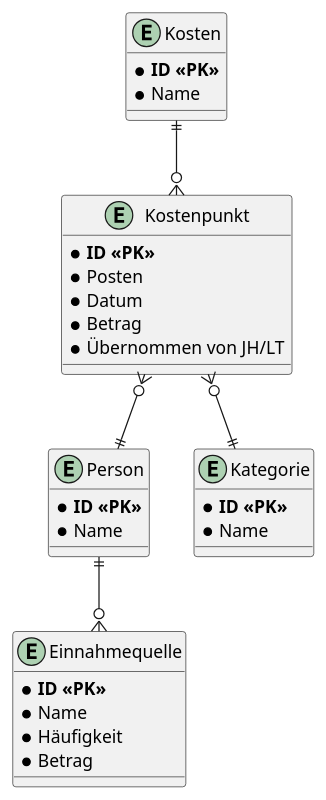
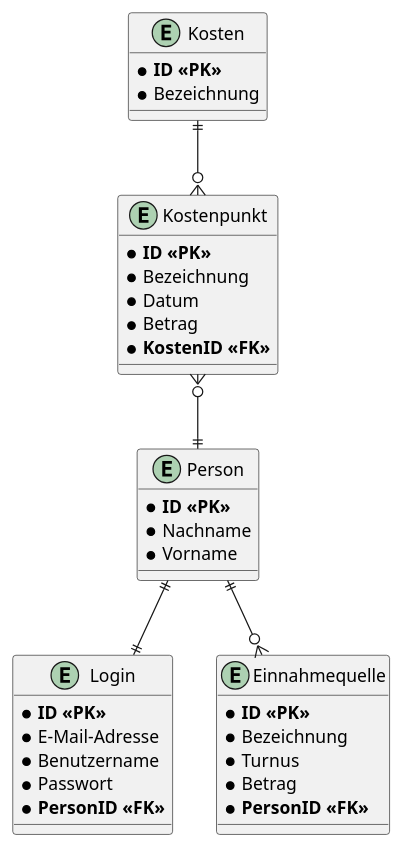
Before and after one commit to justinhada/StatementOfQosts: the diagram in designs/ERM.puml, drawn with PlantUML. The commit also changed 30 other files, not shown here.

```diff
--- a/designs/ERM.puml
+++ b/designs/ERM.puml
@@ -1,41 +1,46 @@
 @startuml
 entity Kostenpunkt
 {
     * **ID <<PK>>**
-    * Posten
+    * Bezeichnung
     * Datum
     * Betrag
-    * Übernommen von JH/LT
+    * **KostenID <<FK>>**
 }
 
 entity Person
 {
     * **ID <<PK>>**
-    * Name
+    * Nachname
+    * Vorname
+}
+
+entity Login
+{
+    * **ID <<PK>>**
+    * E-Mail-Adresse
+    * Benutzername
+    * Passwort
+    * **PersonID <<FK>>**
 }
 
 entity Kosten
 {
     * **ID <<PK>>**
-    * Name
-}
-
-entity Kategorie
-{
-    * **ID <<PK>>**
-    * Name
+    * Bezeichnung
 }
 
 entity Einnahmequelle
 {
     * **ID <<PK>>**
-    * Name
-    * Häufigkeit
+    * Bezeichnung
+    * Turnus
     * Betrag
+    * **PersonID <<FK>>**
 }
 
 Kosten ||--o{ Kostenpunkt
-Kostenpunkt }o--|| Kategorie
 Kostenpunkt }o--|| Person
 Person ||--o{ Einnahmequelle
+Person ||--|| Login
 @enduml
```
